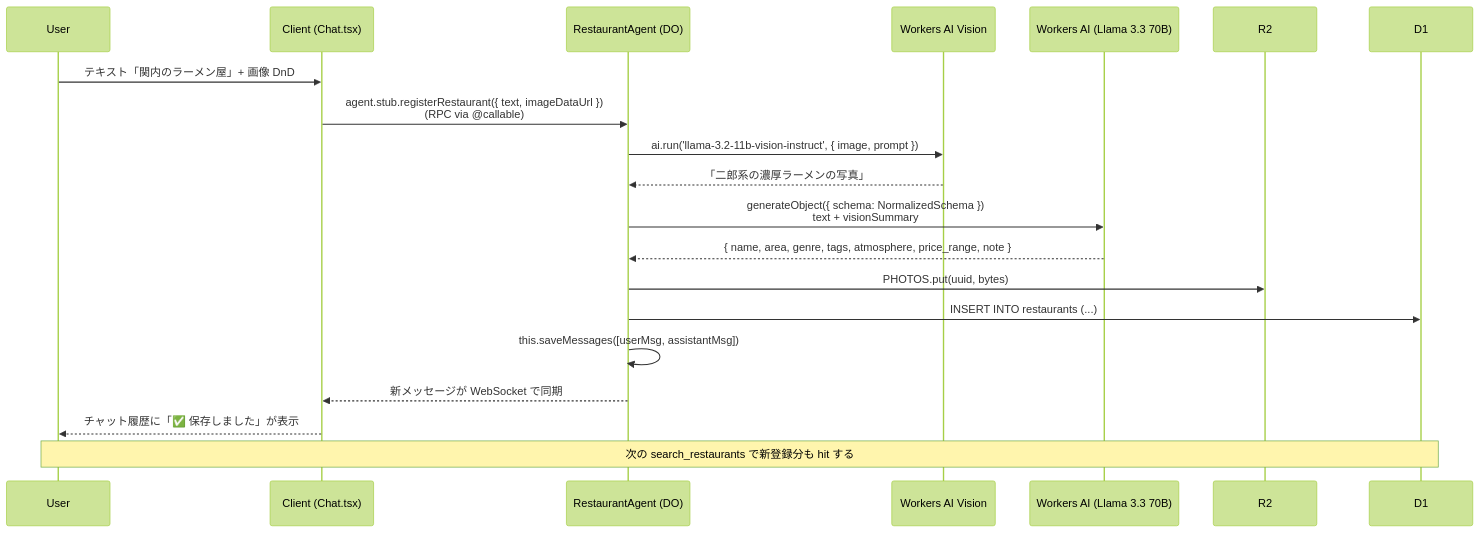
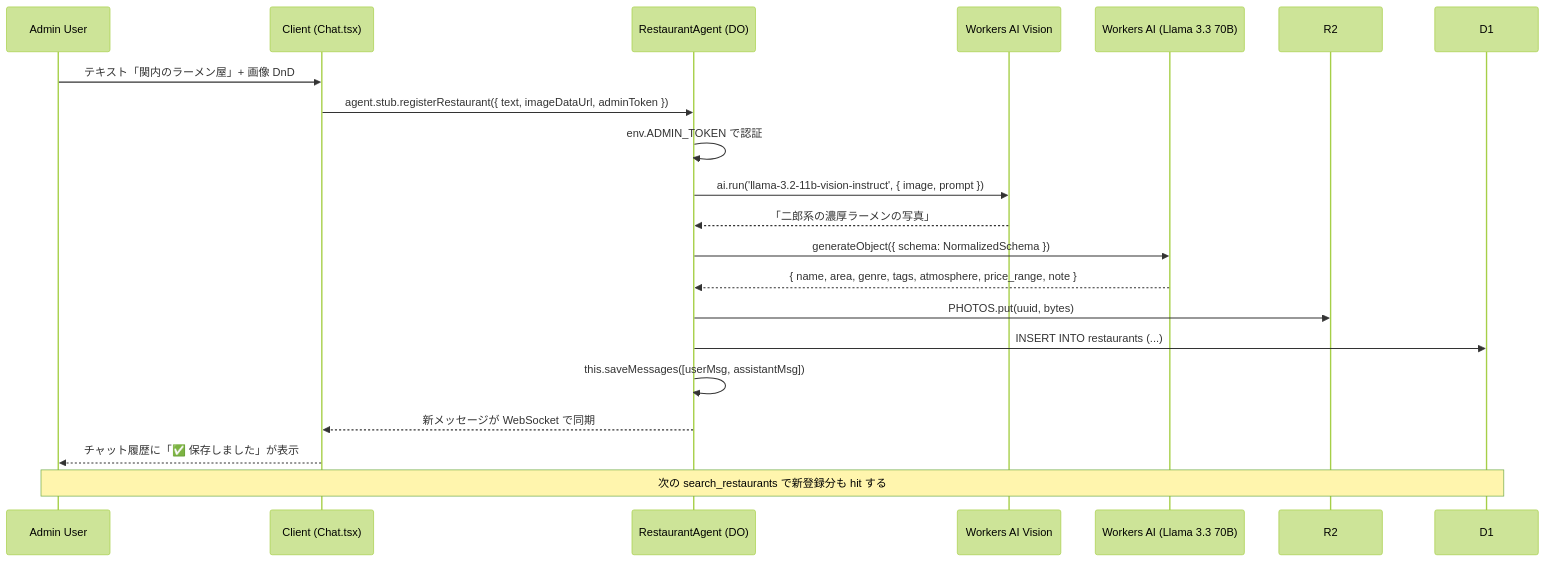
The fifth of 5 diagrams in README.md (yusukebe/generative-ui-playground), drawn with Mermaid (forest theme) before and after one commit. The commit also changed other lines of this file and 11 other files, not shown here.

````diff
--- a/README.md
+++ b/README.md
@@ -207,23 +174,24 @@
 ```mermaid
 sequenceDiagram
-  participant U as User
+  participant U as Admin User
   participant C as Client (Chat.tsx)
   participant A as RestaurantAgent (DO)
   participant V as Workers AI Vision
   participant N as Workers AI (Llama 3.3 70B)
   participant R as R2
   participant D as D1
 
   U->>C: テキスト「関内のラーメン屋」+ 画像 DnD
-  C->>A: agent.stub.registerRestaurant({ text, imageDataUrl })<br/>(RPC via @callable)
+  C->>A: agent.stub.registerRestaurant({ text, imageDataUrl, adminToken })
+  A->>A: env.ADMIN_TOKEN で認証
   A->>V: ai.run('llama-3.2-11b-vision-instruct', { image, prompt })
   V-->>A: 「二郎系の濃厚ラーメンの写真」
-  A->>N: generateObject({ schema: NormalizedSchema })<br/>text + visionSummary
+  A->>N: generateObject({ schema: NormalizedSchema })
   N-->>A: { name, area, genre, tags, atmosphere, price_range, note }
   A->>R: PHOTOS.put(uuid, bytes)
   A->>D: INSERT INTO restaurants (...)
   A->>A: this.saveMessages([userMsg, assistantMsg])
   A-->>C: 新メッセージが WebSocket で同期
   C-->>U: チャット履歴に「✅ 保存しました」が表示
   Note over U,D: 次の search_restaurants で新登録分も hit する
 ```
````
